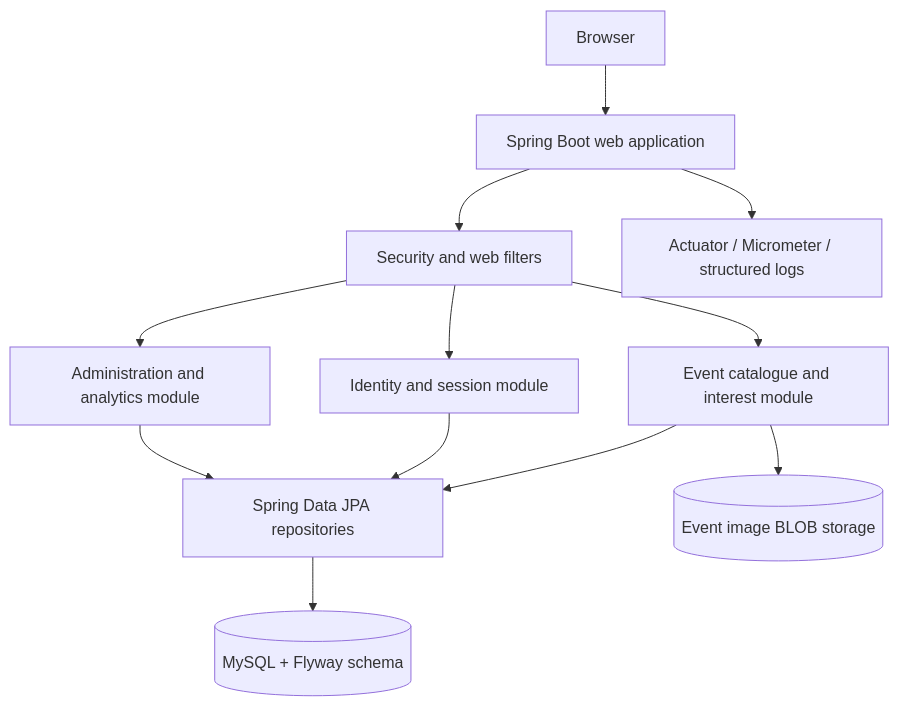
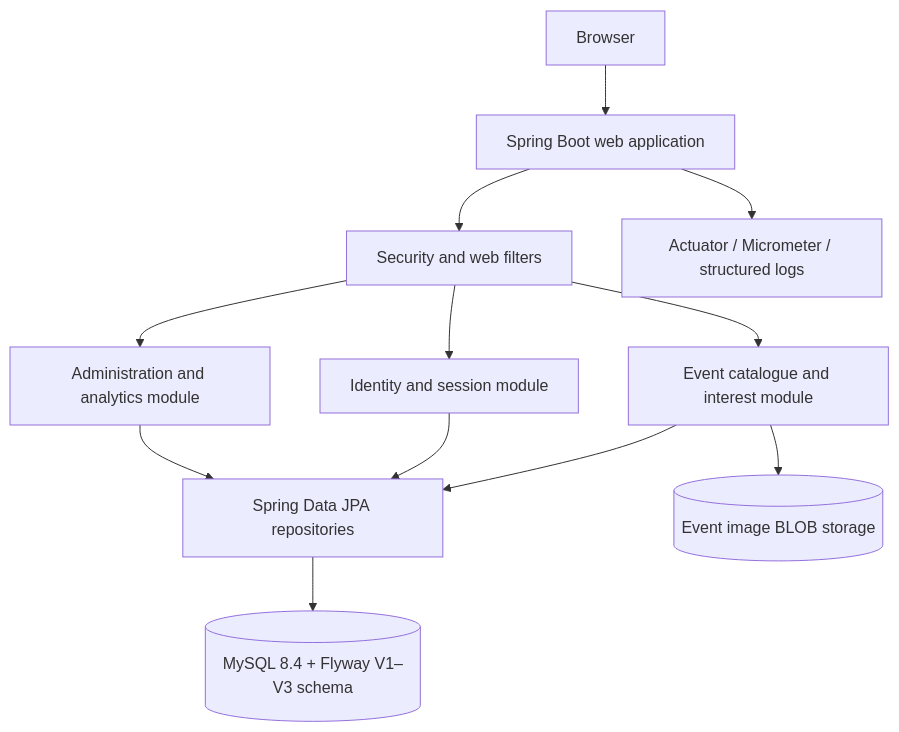
One commit to tejaswin-amara/campus-event-manager changed the second of 4 diagrams in docs/architecture/README.md. Above: the diagram before and after it, drawn with Mermaid. The commit also changed other lines of this file and 20 other files, not shown here.

````diff
--- a/docs/architecture/README.md
+++ b/docs/architecture/README.md
@@ -31,25 +31,25 @@
 ```mermaid
 flowchart TB
     Browser[Browser]
     Web[Spring Boot web application]
     Security[Security and web filters]
     EventModule[Event catalogue and interest module]
     UserModule[Identity and session module]
     AdminModule[Administration and analytics module]
     Persistence[Spring Data JPA repositories]
-    DB[(MySQL + Flyway schema)]
+    DB[(MySQL 8.4 + Flyway V1–V3 schema)]
     Media[(Event image BLOB storage)]
     Ops[Actuator / Micrometer / structured logs]
 
     Browser --> Web
     Web --> Security
     Security --> EventModule
     Security --> UserModule
     Security --> AdminModule
     EventModule --> Persistence
     UserModule --> Persistence
     AdminModule --> Persistence
     Persistence --> DB
     EventModule --> Media
     Web --> Ops
 ```
````
